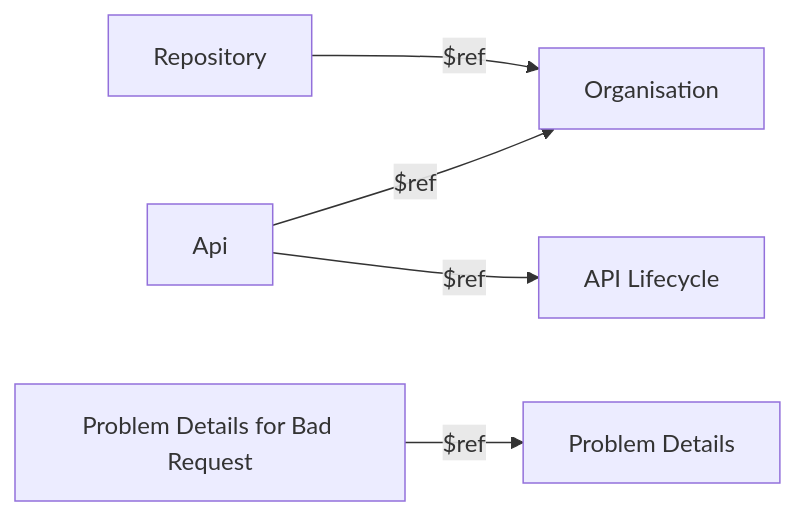
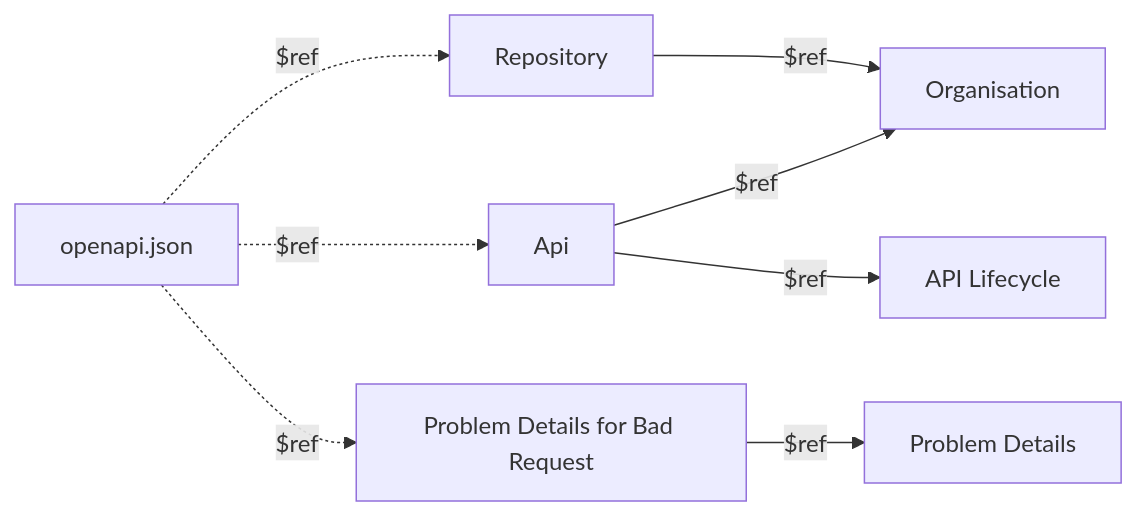
The diagram in blog/2026/11/18-schema-register.md (developer-overheid-nl/don-site), drawn with Mermaid before and after one commit. The commit also changed other lines of this file, not shown here.

First line of the commit message:
docs: tweede ronde TODO's in blogpost Schema-register verwerkt

````diff
--- a/blog/2026/11/18-schema-register.md
+++ b/blog/2026/11/18-schema-register.md
@@ -206,7 +112,10 @@
 ```mermaid
 flowchart LR
   api["Api"] -->|$ref| organisation["Organisation"]
   api -->|$ref| lifecycle["API Lifecycle"]
   repository["Repository"] -->|$ref| organisation
   badRequest["Problem Details for Bad Request"] -->|$ref| problem["Problem Details"]
+  openapi["openapi.json"] -.->|$ref| api
+  openapi -.->|$ref| repository
+  openapi -.->|$ref| badRequest
 ```
````
